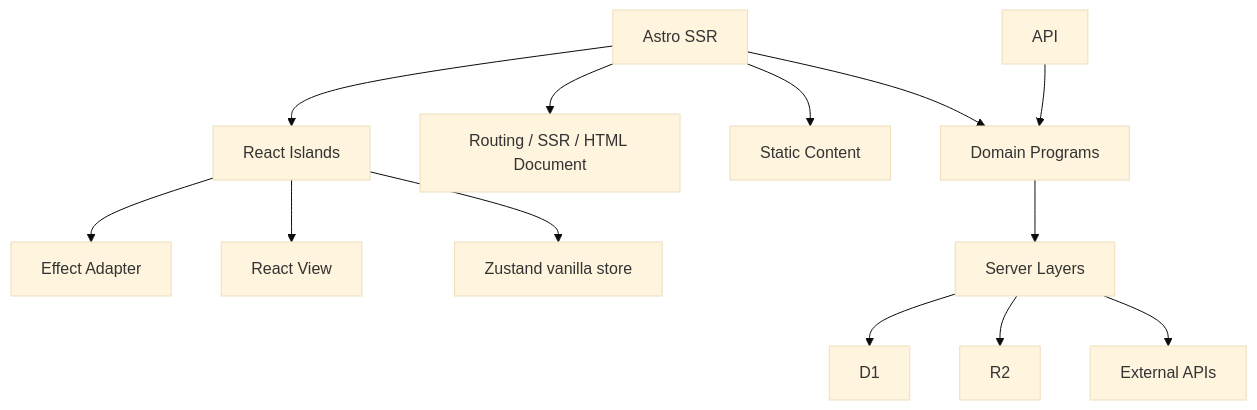
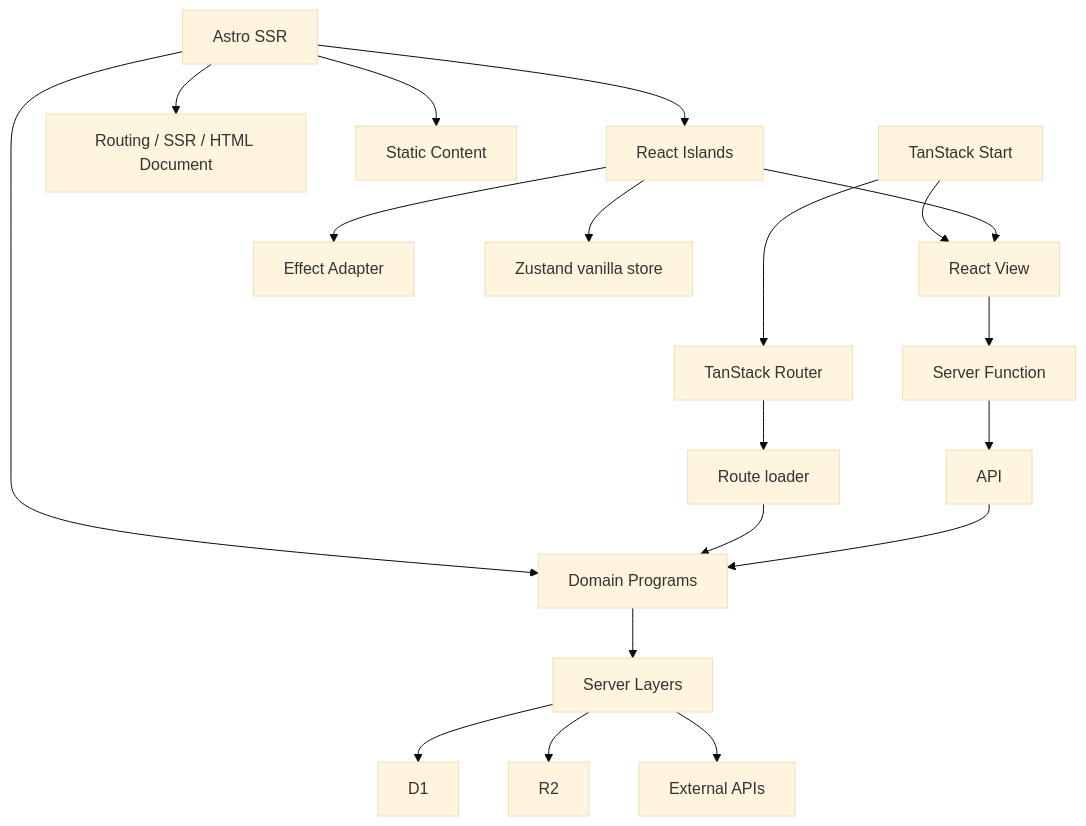
The first of 6 diagrams in docs/architecture/03-implementation-architecture.md (mimifuwacc/mimifuwa.cc), drawn with Mermaid (base theme) before and after one commit. The commit also changed other lines of this file and 58 other files, not shown here.

````diff
--- a/docs/architecture/03-implementation-architecture.md
+++ b/docs/architecture/03-implementation-architecture.md
@@ -5,15 +5,21 @@
 ```mermaid
 flowchart TD
   Astro[Astro SSR] --> Domain[Domain Programs]
+  Admin[TanStack Start] --> Router[TanStack Router]
+  Router --> Loader[Route loader]
+  Loader --> Domain
+  Admin --> View[React View]
+  View --> Mutation[Server Function]
+  Mutation --> API
   API[API] --> Domain
   Astro --> Routing[Routing / SSR / HTML Document]
   Astro --> Static[Static Content]
   Astro --> Islands[React Islands]
   Islands --> Adapter[Effect Adapter]
   Islands --> View[React View]
   Islands --> Store[Zustand vanilla store]
   Domain --> Layers[Server Layers]
   Layers --> D1
   Layers --> R2
   Layers --> External[External APIs]
 ```
````
